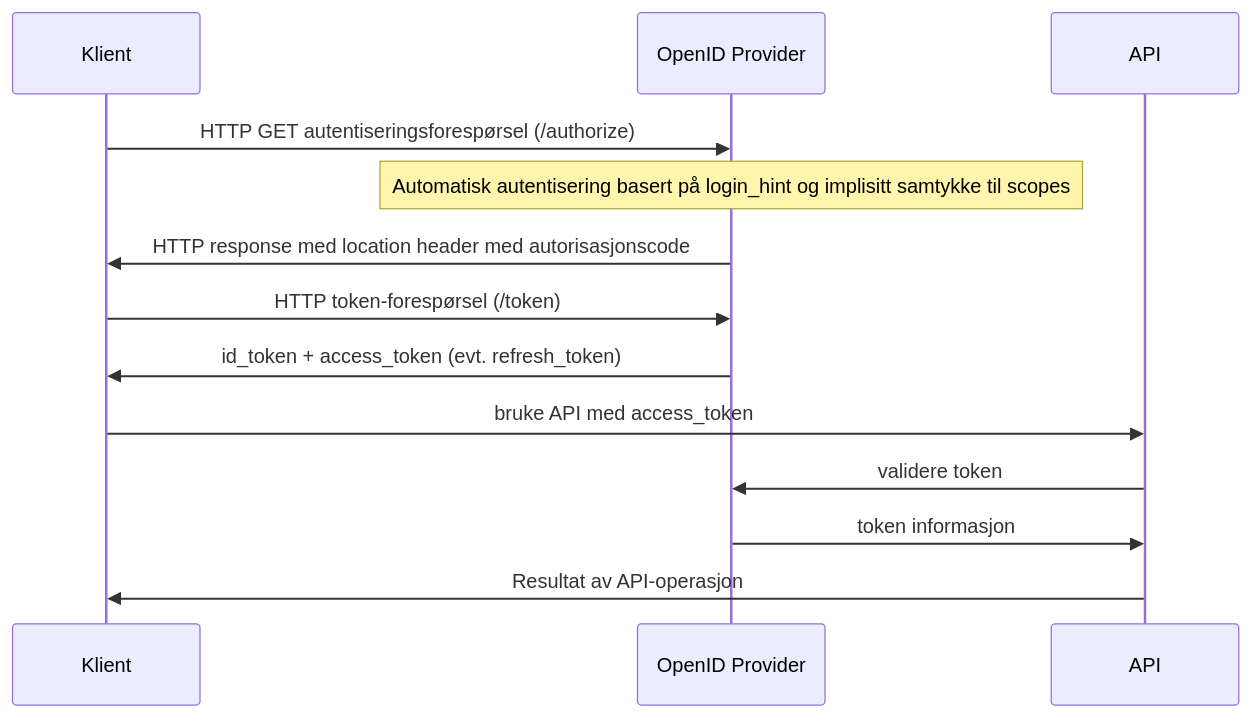
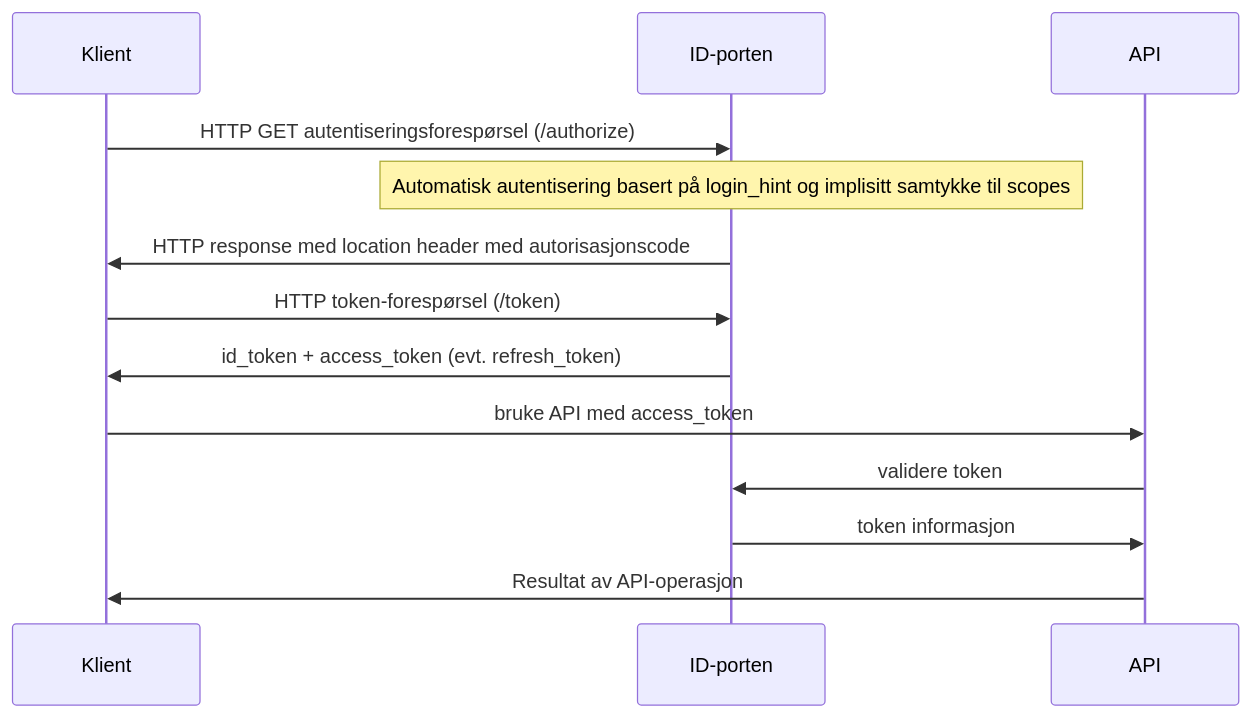
The diagram in _docs/idporten/oidc/oidc_func_apitesting.md (felleslosninger/docs), drawn with Mermaid before and after one commit. The commit also changed other lines of this file and 1 other file, not shown here.

```diff
--- a/_docs/idporten/oidc/oidc_func_apitesting.md
+++ b/_docs/idporten/oidc/oidc_func_apitesting.md
@@ -29,12 +19,12 @@
 <div class="mermaid">
 sequenceDiagram
-  Klient ->> OpenID Provider: HTTP GET autentiseringsforespørsel (/authorize)
-  note over OpenID Provider: Automatisk autentisering basert på login_hint og implisitt samtykke til scopes
-  OpenID Provider ->> Klient: HTTP response med location header med autorisasjonscode
-  Klient ->> OpenID Provider: HTTP token-forespørsel (/token)
-  OpenID Provider ->> Klient: id_token + access_token (evt. refresh_token)
+  Klient ->> ID-porten: HTTP GET autentiseringsforespørsel (/authorize)
+  note over ID-porten: Automatisk autentisering basert på login_hint og implisitt samtykke til scopes
+  ID-porten ->> Klient: HTTP response med location header med autorisasjonscode
+  Klient ->> ID-porten: HTTP token-forespørsel (/token)
+  ID-porten ->> Klient: id_token + access_token (evt. refresh_token)
   Klient ->> API: bruke API med access_token
-  API ->> OpenID Provider: validere token
-  OpenID Provider ->> API: token informasjon
+  API ->> ID-porten: validere token
+  ID-porten ->> API: token informasjon
   API->>Klient: Resultat av API-operasjon
 </div>
```
